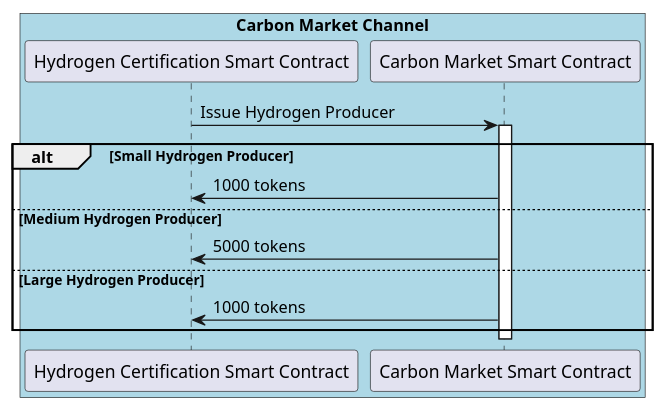
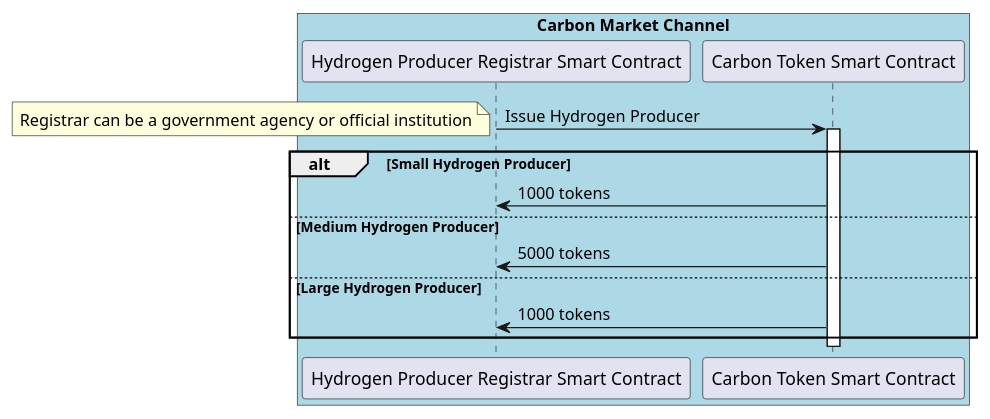
The diagram in diagrams/register.pu (oscargolding/Carboncoin-ESG), drawn with PlantUML before and after one commit. The commit also changed 18 other files, not shown here.

First line of the commit message:
feat(diagrams): diagrams

```diff
--- a/diagrams/register.pu
+++ b/diagrams/register.pu
@@ -1,25 +1,26 @@
 @startuml chain
 
 box "Carbon Market Channel" #LightBlue
-participant "Hydrogen Certification Smart Contract" as HC
-participant "Carbon Market Smart Contract" as CM
+participant "Hydrogen Producer Registrar Smart Contract" as HC
+participant "Carbon Token Smart Contract" as CM
 end box
 
 HC -> CM: Issue Hydrogen Producer
 activate CM
+note left: Registrar can be a government agency or official institution
 
 alt Small Hydrogen Producer
 
     CM -> HC: 1000 tokens
 
 else Medium Hydrogen Producer
 
     CM -> HC: 5000 tokens
 else Large Hydrogen Producer
 
     CM -> HC: 1000 tokens
 end
 
 deactivate CM
 
 @enduml
```
